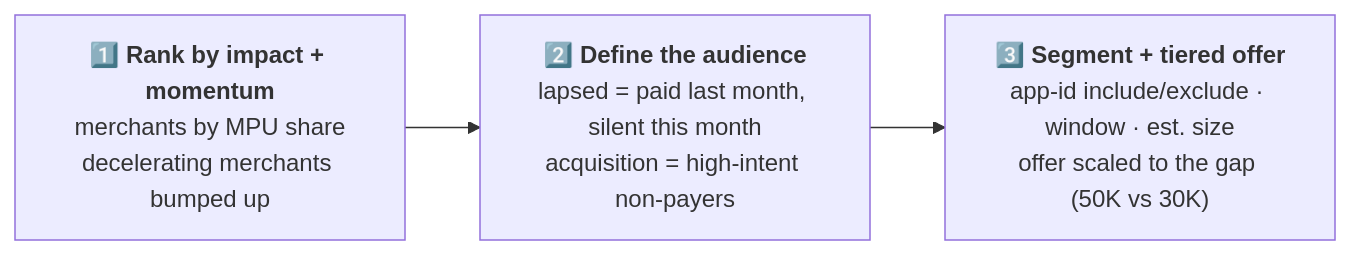
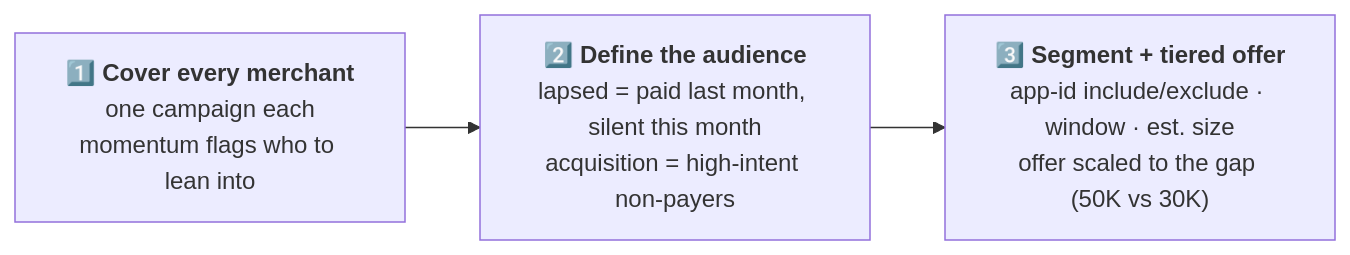
Before and after one commit to thai-max-nguyen/claw-a-thon-demo-agent-mvp: the third of 5 diagrams in README.md, drawn with Mermaid. The commit also changed other lines of this file and 2 other files, not shown here.

First line of the commit message:
feat: live dashboard section + sequence shows all integrations + grow-all reframe + brand colors

````diff
--- a/README.md
+++ b/README.md
@@ -116,7 +124,7 @@
 ```mermaid
 flowchart LR
-  R["1️⃣ <b>Rank by impact + momentum</b><br/>merchants by MPU share<br/>decelerating merchants bumped up"]
+  R["1️⃣ <b>Cover every merchant</b><br/>one campaign each<br/>momentum flags who to lean into"]
   D["2️⃣ <b>Define the audience</b><br/>lapsed = paid last month, silent this month<br/>acquisition = high-intent non-payers"]
   C["3️⃣ <b>Segment + tiered offer</b><br/>app-id include/exclude · window · est. size<br/>offer scaled to the gap (50K vs 30K)"]
   R --> D --> C
 ```
````
